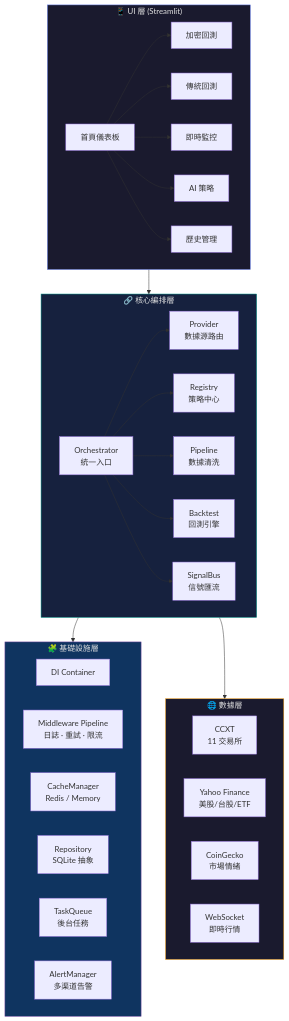
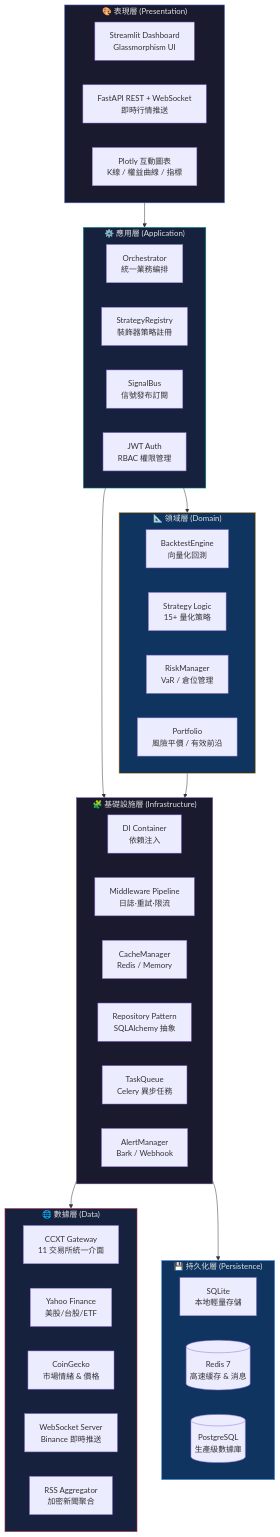
Before and after one commit to iiooiioo888/StocksX_V0: the first of 2 diagrams in README.md, drawn with Mermaid. The commit also changed other lines of this file and 9 other files, not shown here.

````diff
--- a/README.md
+++ b/README.md
@@ -84,44 +85,65 @@
 ```mermaid
 graph TB
-    subgraph UI["📱 UI 層 (Streamlit)"]
-        A[首頁儀表板] --> B[加密回測]
-        A --> C[傳統回測]
-        A --> D[即時監控]
-        A --> E[AI 策略]
-        A --> F[歷史管理]
+    subgraph PRESENTATION["🎨 表現層 (Presentation)"]
+        direction LR
+        ST[Streamlit Dashboard<br/>Glassmorphism UI]
+        FE[FastAPI REST + WebSocket<br/>即時行情推送]
+        PLT[Plotly 互動圖表<br/>K線 / 權益曲線 / 指標]
     end
 
-    subgraph CORE["🔗 核心編排層"]
-        G[Orchestrator<br/>統一入口]
-        G --> H[Provider<br/>數據源路由]
-        G --> I[Registry<br/>策略中心]
-        G --> J[Pipeline<br/>數據清洗]
-        G --> K[Backtest<br/>回測引擎]
-        G --> L[SignalBus<br/>信號匯流]
+    subgraph APPLICATION["⚙️ 應用層 (Application)"]
+        direction LR
+        ORCH[Orchestrator<br/>統一業務編排]
+        REG[StrategyRegistry<br/>裝飾器策略註冊]
+        SIG[SignalBus<br/>信號發布訂閱]
+        AUTH[JWT Auth<br/>RBAC 權限管理]
     end
 
-    subgraph INFRA["🧩 基礎設施層"]
-        M[DI Container]
-        N[Middleware Pipeline<br/>日誌 · 重試 · 限流]
-        O[CacheManager<br/>Redis / Memory]
-        P[Repository<br/>SQLite 抽象]
-        Q[TaskQueue<br/>後台任務]
-        R[AlertManager<br/>多渠道告警]
+    subgraph DOMAIN["📐 領域層 (Domain)"]
+        direction LR
+        BT[BacktestEngine<br/>向量化回測]
+        STRAT[Strategy Logic<br/>15+ 量化策略]
+        RISK[RiskManager<br/>VaR / 倉位管理]
+        PORT[Portfolio<br/>風險平價 / 有效前沿]
     end
 
-    subgraph DATA["🌐 數據層"]
-        S[CCXT<br/>11 交易所]
-        T[Yahoo Finance<br/>美股/台股/ETF]
-        U[CoinGecko<br/>市場情緒]
-        V[WebSocket<br/>即時行情]
+    subgraph INFRASTRUCTURE["🧩 基礎設施層 (Infrastructure)"]
+        direction LR
+        DI[DI Container<br/>依賴注入]
+        MW[Middleware Pipeline<br/>日誌·重試·限流]
+        CACHE[CacheManager<br/>Redis / Memory]
+        REPO[Repository Pattern<br/>SQLAlchemy 抽象]
+        TASK[TaskQueue<br/>Celery 異步任務]
+        ALERT[AlertManager<br/>Bark / Webhook]
     end
 
-    UI --> CORE
-    CORE --> INFRA
-    CORE --> DATA
+    subgraph DATA["🌐 數據層 (Data)"]
+        direction LR
+        CCXT[CCXT Gateway<br/>11 交易所統一介面]
+        YF[Yahoo Finance<br/>美股/台股/ETF]
+        CG[CoinGecko<br/>市場情緒 & 價格]
+        WS[WebSocket Server<br/>Binance 即時推送]
+        RSS[RSS Aggregator<br/>加密新聞聚合]
+    end
 
-    style UI fill:#1a1a2e,stroke:#667eea,color:#e0e0e0
-    style CORE fill:#16213e,stroke:#009688,color:#e0e0e0
-    style INFRA fill:#0f3460,stroke:#764ba2,color:#e0e0e0
-    style DATA fill:#1a1a2e,stroke:#f39c12,color:#e0e0e0
+    subgraph PERSISTENCE["💾 持久化層 (Persistence)"]
+        direction LR
+        SQLite[SQLite<br/>本地輕量存儲]
+        REDIS[(Redis 7<br/>高速緩存 & 消息)]
+        PG[(PostgreSQL<br/>生產級數據庫)]
+    end
+
+    PRESENTATION --> APPLICATION
+    APPLICATION --> DOMAIN
+    APPLICATION --> INFRASTRUCTURE
+    DOMAIN --> INFRASTRUCTURE
+    INFRASTRUCTURE --> DATA
+    INFRASTRUCTURE --> PERSISTENCE
+
+    style PRESENTATION fill:#1a1a2e,stroke:#667eea,color:#e0e0e0
+    style APPLICATION fill:#16213e,stroke:#009688,color:#e0e0e0
+    style DOMAIN fill:#0f3460,stroke:#f39c12,color:#e0e0e0
+    style INFRASTRUCTURE fill:#1a1a2e,stroke:#764ba2,color:#e0e0e0
+    style DATA fill:#16213e,stroke:#e94560,color:#e0e0e0
+    style PERSISTENCE fill:#0f3460,stroke:#58a6ff,color:#e0e0e0
 ```
````
